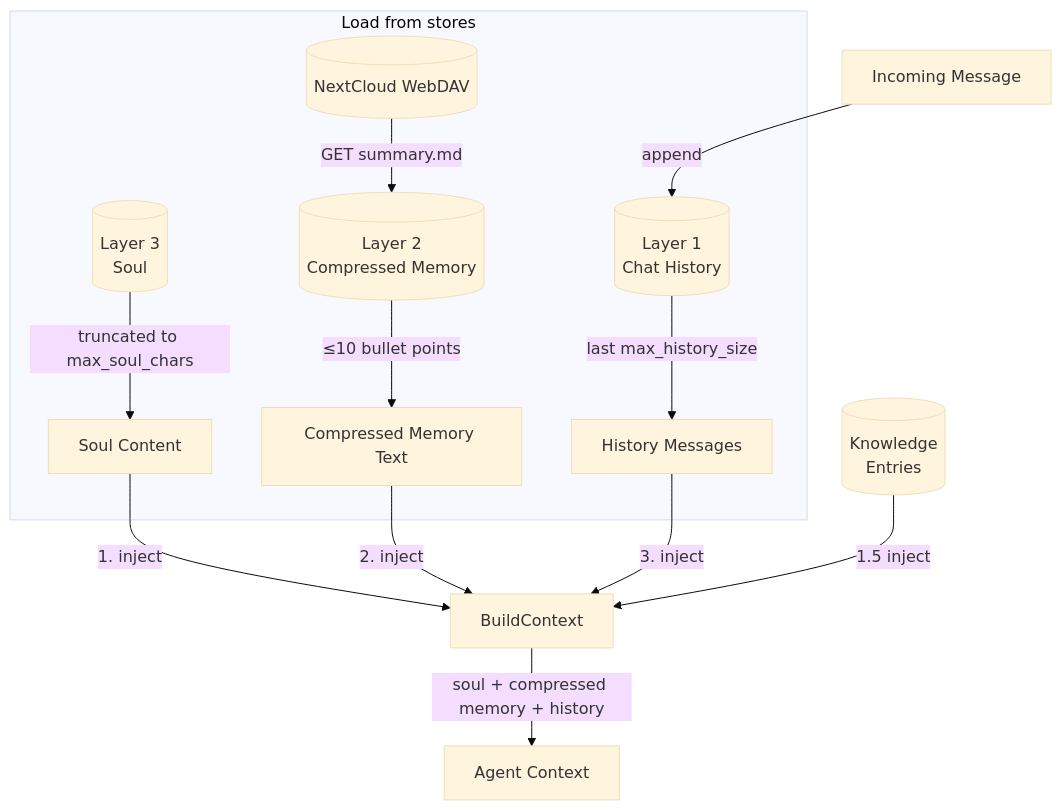
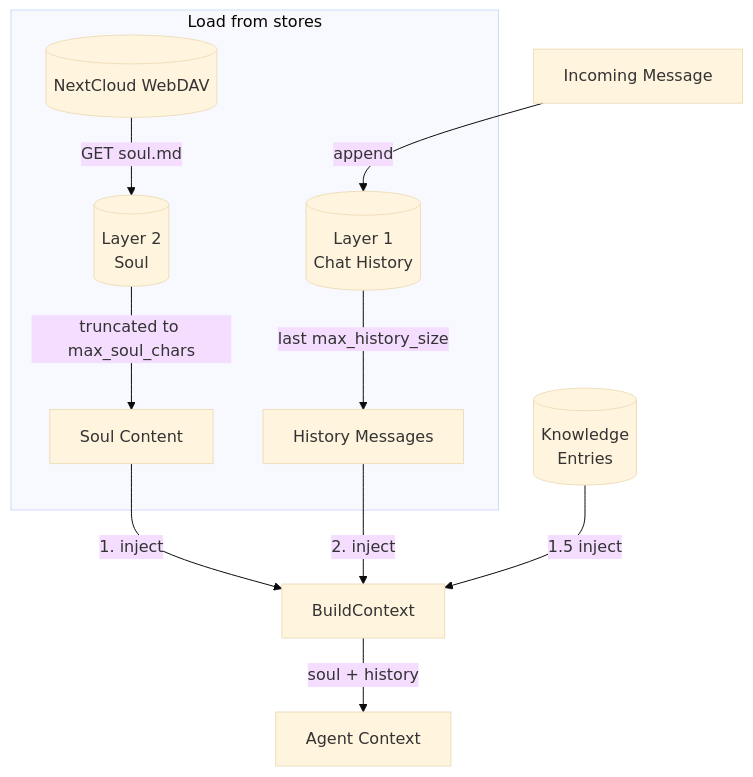
One commit to cosmoswafer/rockbot changed the first of 6 diagrams in _dfd/memory/memory.md. Above: the diagram before and after it, drawn with Mermaid (base theme). The commit also changed other lines of this file and 19 other files, not shown here.

````diff
--- a/_dfd/memory/memory.md
+++ b/_dfd/memory/memory.md
@@ -53,24 +50,21 @@
 ```mermaid
 flowchart TD
-    L3[(Layer 3<br/>Soul)]
-    L2[(Layer 2<br/>Compressed Memory)]
+    L2[(Layer 2<br/>Soul)]
     WEBDAV[(NextCloud WebDAV)]
     L1[(Layer 1<br/>Chat History)]
     KNOWLEDGE[(Knowledge<br/>Entries)]
     BUILD[BuildContext]
 
     subgraph "Load from stores"
-        L3 -->|"truncated to max_soul_chars"| SOUL_OUT[Soul Content]
-        WEBDAV -->|"GET summary.md"| L2
-        L2 -->|"≤10 bullet points"| SUM_OUT[Compressed Memory Text]
+        L2 -->|"truncated to max_soul_chars"| SOUL_OUT[Soul Content]
+        WEBDAV -->|"GET soul.md"| L2
         L1 -->|"last max_history_size"| HIST_OUT[History Messages]
     end
 
     SOUL_OUT -->|"1. inject"| BUILD
     KNOWLEDGE -->|"1.5 inject"| BUILD
-    SUM_OUT -->|"2. inject"| BUILD
-    HIST_OUT -->|"3. inject"| BUILD
-    BUILD -->|"soul + compressed memory + history"| CONTEXT[Agent Context]
+    HIST_OUT -->|"2. inject"| BUILD
+    BUILD -->|"soul + history"| CONTEXT[Agent Context]
 
     MSG[Incoming Message] -->|"append"| L1
 ```
````
